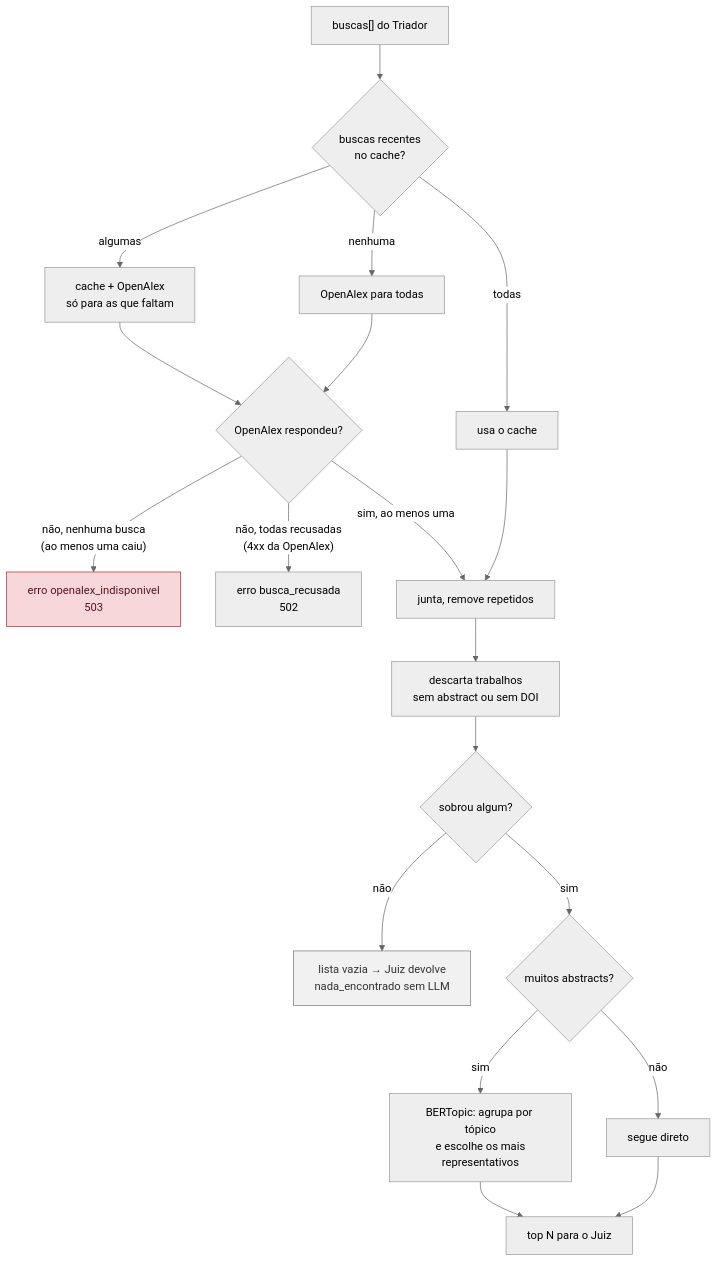
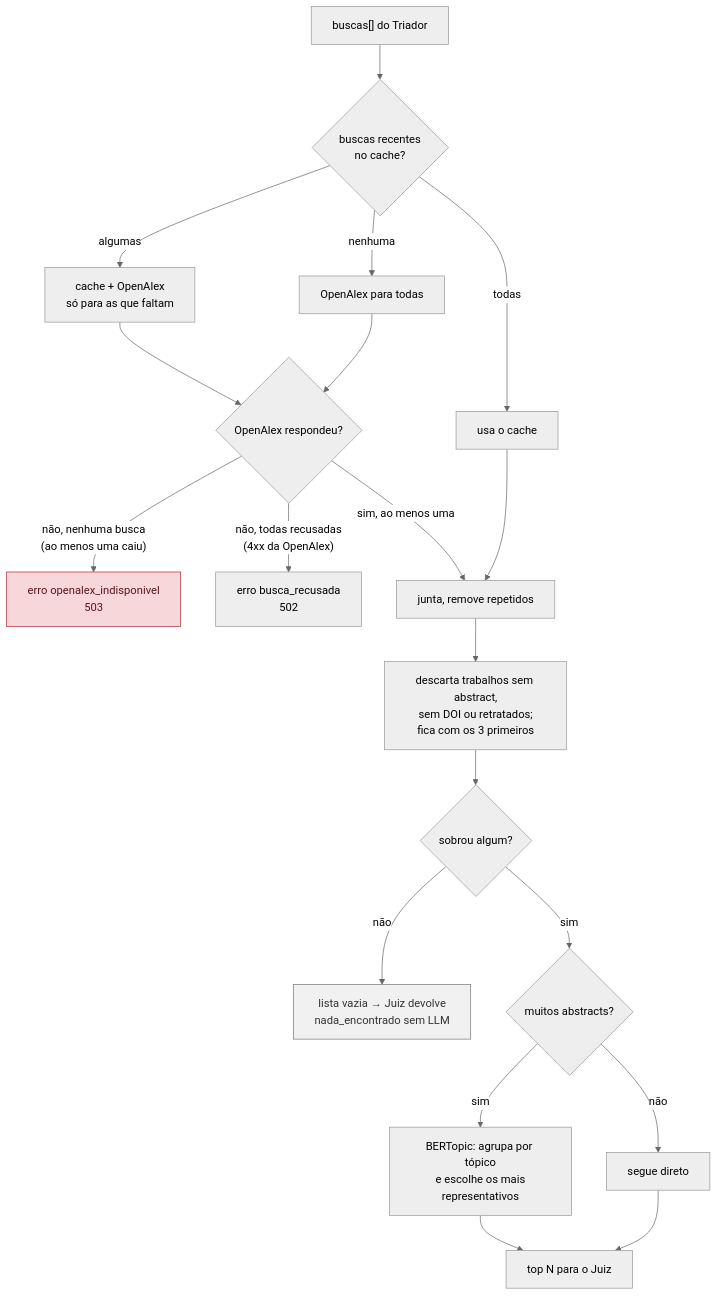
One commit to unb-Sistemas-de-Machine-learning/challenge_1_arial_12 changed diagram 18 of 21 in docs/pages/fluxo_agentes.md. Above: the diagram before and after it, drawn with Mermaid (neutral theme). The commit also changed other lines of this file and 18 other files, not shown here.

````diff
--- a/docs/pages/fluxo_agentes.md
+++ b/docs/pages/fluxo_agentes.md
@@ -566,26 +566,26 @@
 ```mermaid
 flowchart TD
     A["buscas[] do Triador"] --> B{"buscas recentes<br/>no cache?"}
     B -- "todas" --> C["usa o cache"]
     B -- "algumas" --> D["cache + OpenAlex<br/>só para as que faltam"]
     B -- "nenhuma" --> E["OpenAlex para todas"]
     D --> F
     E --> F{"OpenAlex respondeu?"}
     F -- "não, nenhuma busca<br/>(ao menos uma caiu)" --> ERR["erro openalex_indisponivel<br/>503"]
     F -- "não, todas recusadas<br/>(4xx da OpenAlex)" --> ERR2["erro busca_recusada<br/>502"]
     F -- "sim, ao menos uma" --> G["junta, remove repetidos"]
     C --> G
-    G --> H["descarta trabalhos<br/>sem abstract ou sem DOI"]
+    G --> H["descarta trabalhos sem abstract,<br/>sem DOI ou retratados;<br/>fica com os 3 primeiros"]
     H --> I{"sobrou algum?"}
     I -- não --> V["lista vazia → Juiz devolve<br/>nada_encontrado sem LLM"]
     I -- sim --> J{"muitos abstracts?"}
     J -- sim --> K["BERTopic: agrupa por tópico<br/>e escolhe os mais<br/>representativos"]
     J -- não --> L["segue direto"]
     K --> M["top N para o Juiz"]
     L --> M
 
     classDef err fill:#f8d7da,stroke:#b02a37,color:#58151c
     classDef nd fill:#f1f1f1,stroke:#777,color:#333
     class ERR err
     class V nd
 ```
````
